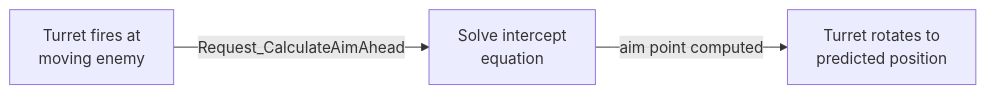
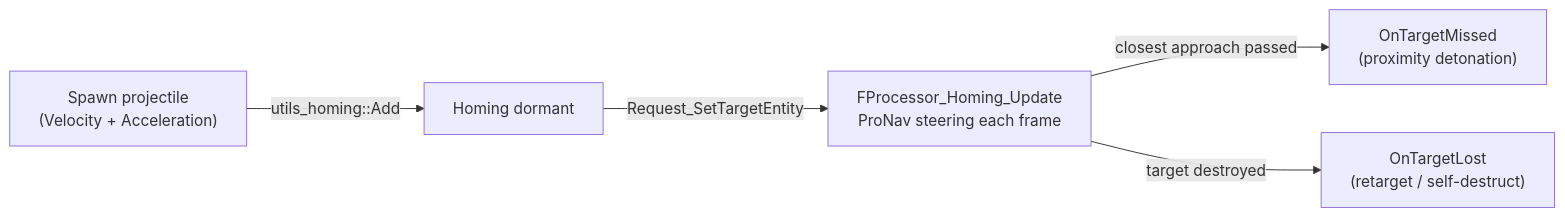
Before and after one commit to chainkemists/CkFoundation: the diagram in Source/CkProjectile/CkProjectile.md, drawn with Mermaid. The commit also changed other lines of this file and 14 other files, not shown here.

First line of the commit message:
feat(projectile): proportional-navigation Homing feature

````diff
--- a/Source/CkProjectile/CkProjectile.md
+++ b/Source/CkProjectile/CkProjectile.md
@@ -13,5 +15,7 @@
 ```mermaid
 flowchart LR
-    A["Turret fires at<br/>moving enemy"] -->|"Request_CalculateAimAhead"| B["Solve intercept<br/>equation"]
-    B -->|"aim point computed"| C["Turret rotates to<br/>predicted position"]
+    A["Spawn projectile<br/>(Velocity + Acceleration)"] -->|"utils_homing::Add"| B["Homing dormant"]
+    B -->|"Request_SetTargetEntity"| C["FProcessor_Homing_Update<br/>ProNav steering each frame"]
+    C -->|"closest approach passed"| D["OnTargetMissed<br/>(proximity detonation)"]
+    C -->|"target destroyed"| E["OnTargetLost<br/>(retarget / self-destruct)"]
 ```
````
